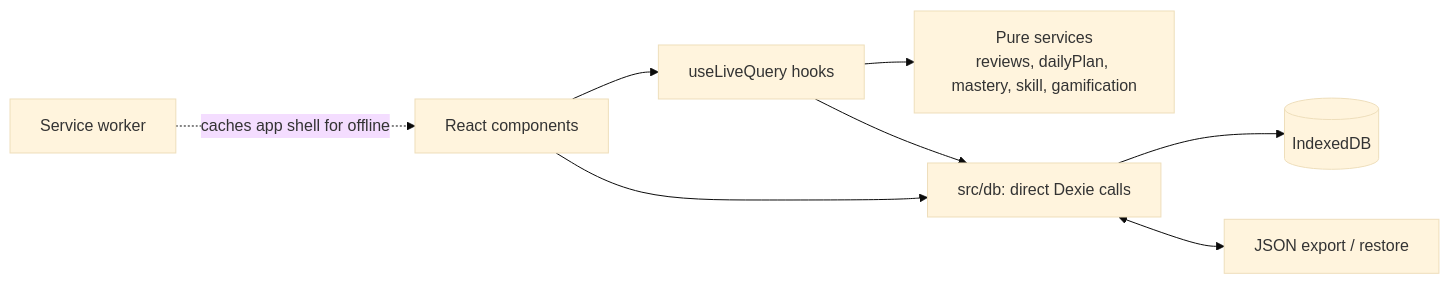
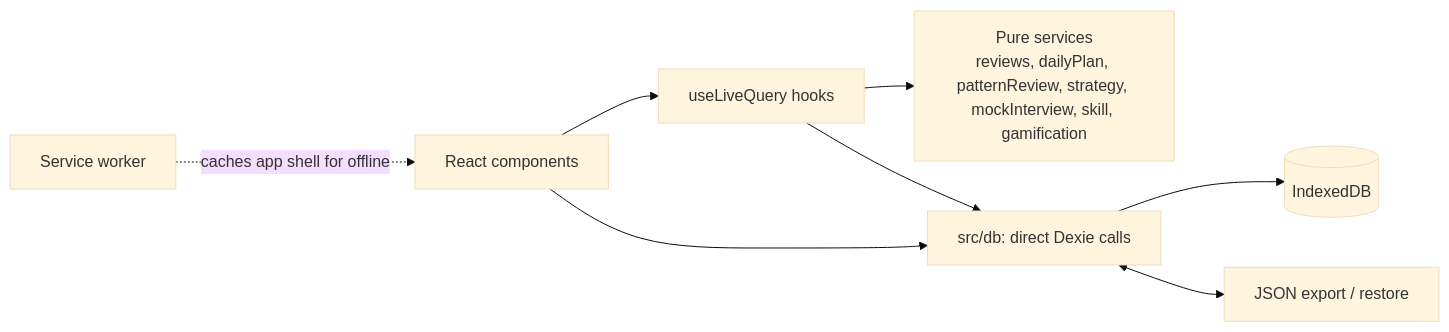
The diagram in README.md (Avrhambi/leetcode-master), drawn with Mermaid (base theme) before and after one commit. The commit also changed other lines of this file and 2 other files, not shown here.

First line of the commit message:
docs: T22-T24 in the roadmap (board, targets, briefs, session log, parking lot), CLAUDE.md key files, README plan, readiness and mocks

````diff
--- a/README.md
+++ b/README.md
@@ -107,10 +135,10 @@
 ```mermaid
 flowchart LR
   UI[React components] --> Hooks[useLiveQuery hooks]
-  Hooks --> Services[Pure services<br/>reviews, dailyPlan, mastery, skill, gamification]
+  Hooks --> Services[Pure services<br/>reviews, dailyPlan, patternReview, strategy, mockInterview, skill, gamification]
   UI --> DB[src/db: direct Dexie calls]
   Hooks --> DB
   DB --> IDB[(IndexedDB)]
   DB <--> Backup[JSON export / restore]
   SW[Service worker] -. caches app shell for offline .-> UI
 ```
````
